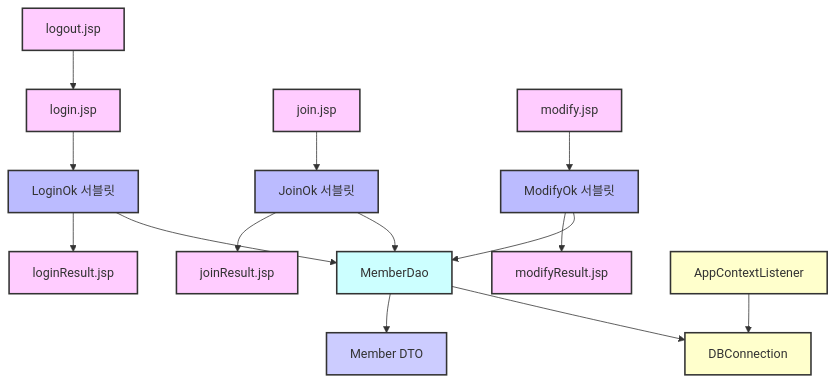
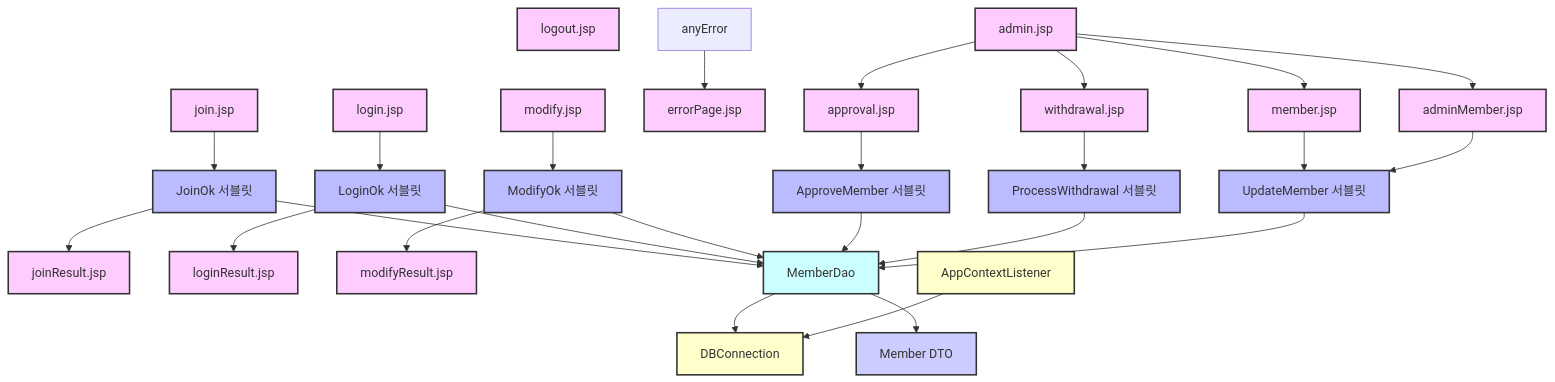
One commit to seungineer/jsp_19_sgnr changed the second of 2 diagrams in README.md. Above: the diagram before and after it, drawn with Mermaid. The commit also changed other lines of this file, not shown here.

````diff
--- a/README.md
+++ b/README.md
@@ -59,43 +79,65 @@
 ```mermaid
 flowchart TD
-    loginPage[login.jsp]:::page
-    joinPage[join.jsp]:::page
-    modifyPage[modify.jsp]:::page
-    loginResult[loginResult.jsp]:::page
-    joinResult[joinResult.jsp]:::page
-    modifyResult[modifyResult.jsp]:::page
-    logoutPage[logout.jsp]:::page
+  loginPage[login.jsp]:::page
+  joinPage[join.jsp]:::page
+  modifyPage[modify.jsp]:::page
+  joinResult[joinResult.jsp]:::page
+  loginResult[loginResult.jsp]:::page
+  modifyResult[modifyResult.jsp]:::page
+  logoutPage[logout.jsp]:::page
+  errorPage[errorPage.jsp]:::page
 
-    joinOk[JoinOk 서블릿]:::servlet
-    loginOk[LoginOk 서블릿]:::servlet
-    modifyOk[ModifyOk 서블릿]:::servlet
+  adminPage[admin.jsp]:::page
+  memberAdmin[member.jsp]:::page
+  adminMember[adminMember.jsp]:::page
+  approval[approval.jsp]:::page
+  withdrawal[withdrawal.jsp]:::page
 
-    dbConn[DBConnection]:::util
-    memberDao[MemberDao]:::dao
-    memberDto[Member DTO]:::dto
-    appListener[AppContextListener]:::util
+  joinOk[JoinOk 서블릿]:::servlet
+  loginOk[LoginOk 서블릿]:::servlet
+  modifyOk[ModifyOk 서블릿]:::servlet
+  approveMember[ApproveMember 서블릿]:::servlet
+  withdrawalProcess[ProcessWithdrawal 서블릿]:::servlet
+  updateMember[UpdateMember 서블릿]:::servlet
 
-    loginPage --> loginOk
-    joinPage --> joinOk
-    modifyPage --> modifyOk
+  dbConn[DBConnection]:::util
+  memberDao[MemberDao]:::dao
+  memberDto[Member DTO]:::dto
+  appListener[AppContextListener]:::util
 
-    joinOk --> memberDao
-    loginOk --> memberDao
-    modifyOk --> memberDao
+  loginPage --> loginOk
+  joinPage --> joinOk
+  modifyPage --> modifyOk
+  joinOk --> joinResult
+  loginOk --> loginResult
+  modifyOk --> modifyResult
 
-    memberDao --> dbConn
-    memberDao --> memberDto
+  adminPage --> memberAdmin
+  adminPage --> adminMember
+  adminPage --> approval
+  adminPage --> withdrawal
 
-    joinOk --> joinResult
-    loginOk --> loginResult
-    modifyOk --> modifyResult
-    logoutPage --> loginPage
+  memberAdmin --> updateMember
+  adminMember --> updateMember
+  approval --> approveMember
+  withdrawal --> withdrawalProcess
 
-    appListener --> dbConn
+  joinOk --> memberDao
+  loginOk --> memberDao
+  modifyOk --> memberDao
+  approveMember --> memberDao
+  withdrawalProcess --> memberDao
+  updateMember --> memberDao
 
-    classDef page fill:#fcf,stroke:#333,stroke-width:2px;
-    classDef servlet fill:#bbf,stroke:#333,stroke-width:2px;
-    classDef util fill:#ffc,stroke:#333,stroke-width:2px;
-    classDef dao fill:#cff,stroke:#333,stroke-width:2px;
-    classDef dto fill:#ccf,stroke:#333,stroke-width:2px;
+  memberDao --> dbConn
+  memberDao --> memberDto
+  appListener --> dbConn
+  anyError --> errorPage
+
+  classDef page fill:#fcf,stroke:#333,stroke-width:2px;
+  classDef servlet fill:#bbf,stroke:#333,stroke-width:2px;
+  classDef util fill:#ffc,stroke:#333,stroke-width:2px;
+  classDef dao fill:#cff,stroke:#333,stroke-width:2px;
+  classDef dto fill:#ccf,stroke:#333,stroke-width:2px;
+
 ```
````
